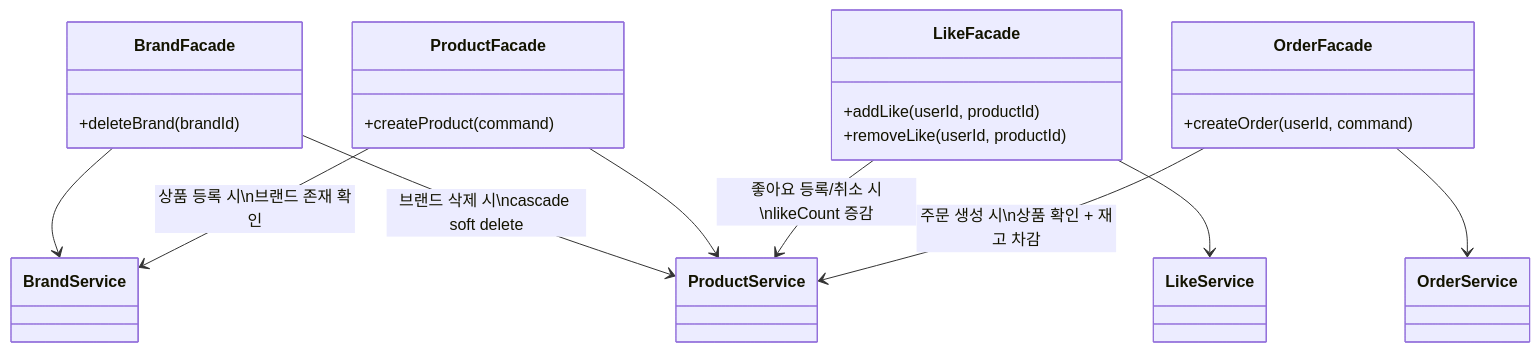
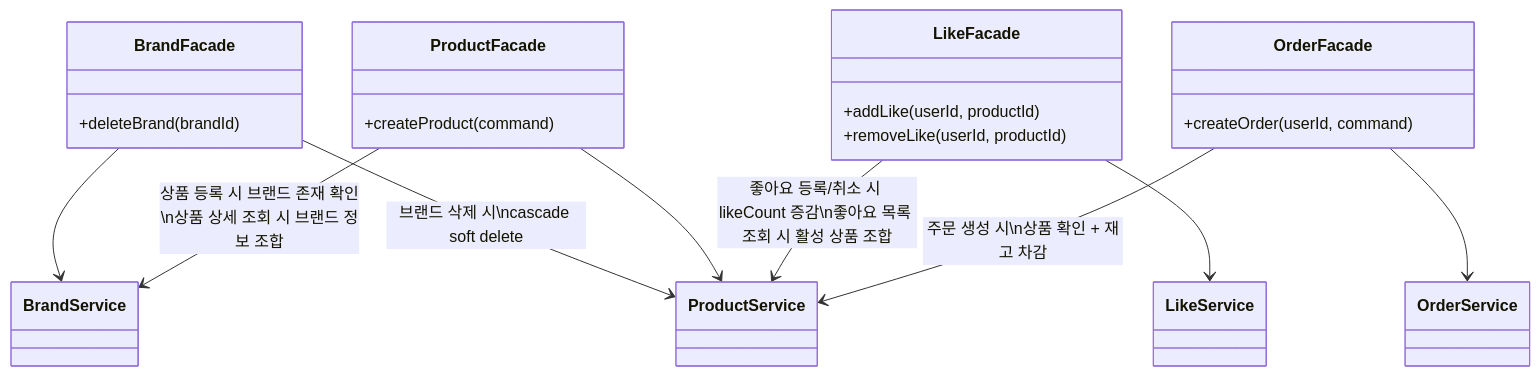
The sixth of 7 diagrams in docs/design/03-class-diagram.md (Loopers-dev-lab/loop-pack-be-l2-vol3-kotlin), drawn with Mermaid before and after one commit. The commit also changed other lines of this file and 4 other files, not shown here.

````diff
--- a/docs/design/03-class-diagram.md
+++ b/docs/design/03-class-diagram.md
@@ -556,32 +608,32 @@
 ```mermaid
 classDiagram
     direction TB
 
     class BrandFacade {
         +deleteBrand(brandId)
     }
     class ProductFacade {
         +createProduct(command)
     }
     class LikeFacade {
         +addLike(userId, productId)
         +removeLike(userId, productId)
     }
     class OrderFacade {
         +createOrder(userId, command)
     }
 
     class BrandService
     class ProductService
     class LikeService
     class OrderService
 
     BrandFacade --> BrandService
     BrandFacade --> ProductService : 브랜드 삭제 시\ncascade soft delete
     ProductFacade --> ProductService
-    ProductFacade --> BrandService : 상품 등록 시\n브랜드 존재 확인
+    ProductFacade --> BrandService : 상품 등록 시 브랜드 존재 확인\n상품 상세 조회 시 브랜드 정보 조합
     LikeFacade --> LikeService
-    LikeFacade --> ProductService : 좋아요 등록/취소 시\nlikeCount 증감
+    LikeFacade --> ProductService : 좋아요 등록/취소 시 likeCount 증감\n좋아요 목록 조회 시 활성 상품 조합
     OrderFacade --> OrderService
     OrderFacade --> ProductService : 주문 생성 시\n상품 확인 + 재고 차감
 ```
````
